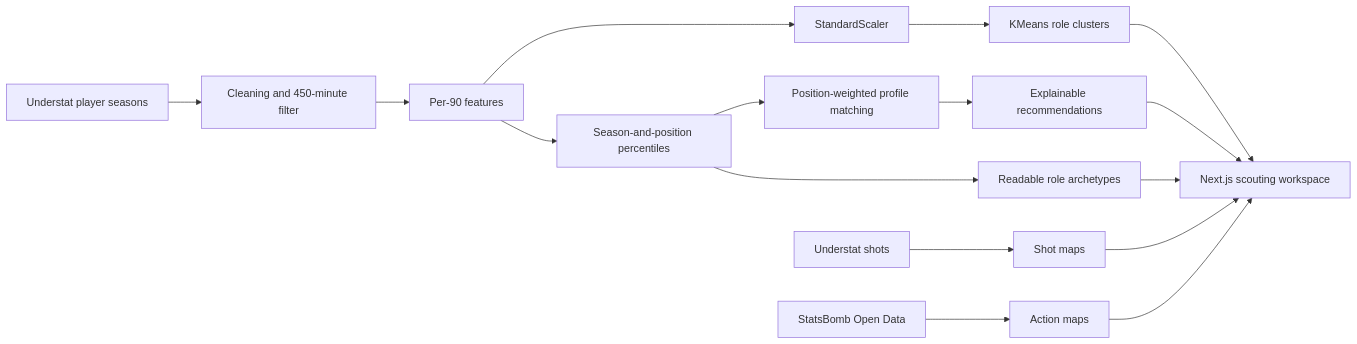
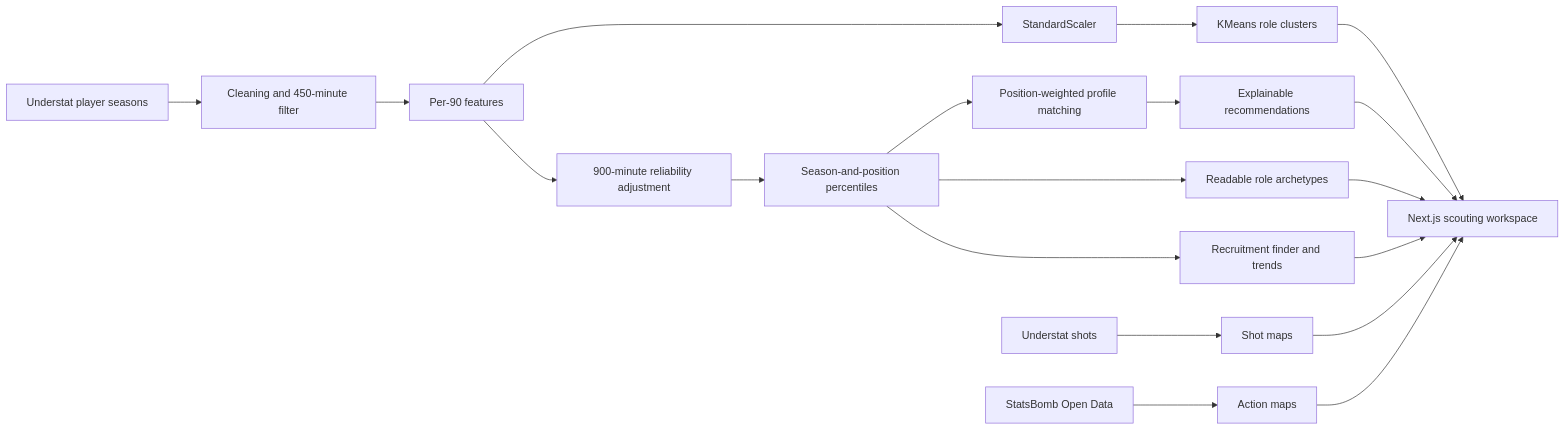
The diagram in README.md (sagar-varshney/football-player-scouting-tool), drawn with Mermaid before and after one commit. The commit also changed other lines of this file and 3 other files, not shown here.

Commit message:
Add recruitment finder and player trends

````diff
--- a/README.md
+++ b/README.md
@@ -60,18 +62,21 @@
 ```mermaid
 flowchart LR
     A[Understat player seasons] --> B[Cleaning and 450-minute filter]
     B --> C[Per-90 features]
     C --> D[StandardScaler]
     D --> E[KMeans role clusters]
-    C --> F[Season-and-position percentiles]
-    F --> G[Position-weighted profile matching]
-    G --> H[Explainable recommendations]
-    F --> I[Readable role archetypes]
-    E --> J[Next.js scouting workspace]
-    H --> J
-    I --> J
-    K[Understat shots] --> L[Shot maps]
-    M[StatsBomb Open Data] --> N[Action maps]
-    L --> J
-    N --> J
+    C --> F[900-minute reliability adjustment]
+    F --> G[Season-and-position percentiles]
+    G --> H[Position-weighted profile matching]
+    H --> I[Explainable recommendations]
+    G --> K[Recruitment finder and trends]
+    G --> J[Readable role archetypes]
+    E --> O[Next.js scouting workspace]
+    I --> O
+    J --> O
+    K --> O
+    L[Understat shots] --> M[Shot maps]
+    N[StatsBomb Open Data] --> P[Action maps]
+    M --> O
+    P --> O
 ```
````
